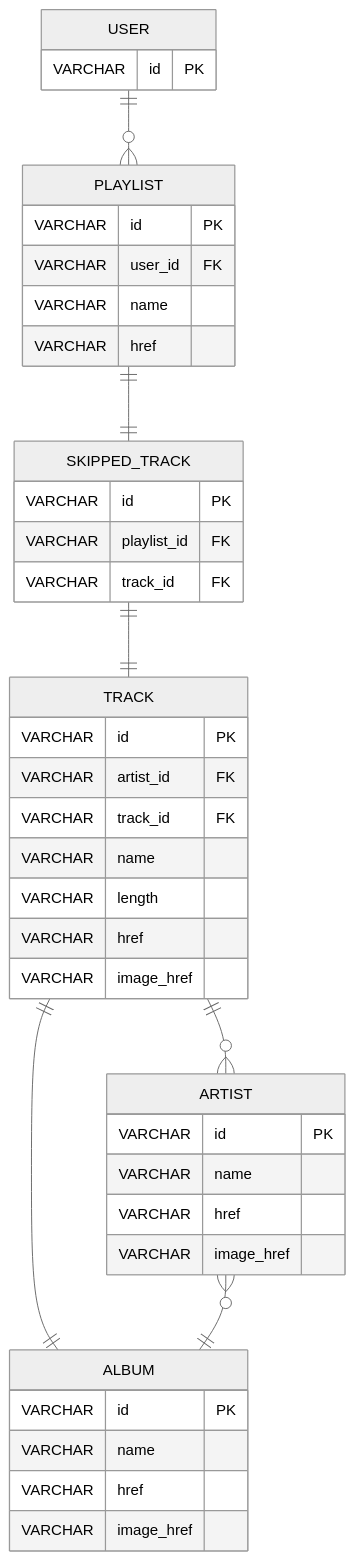
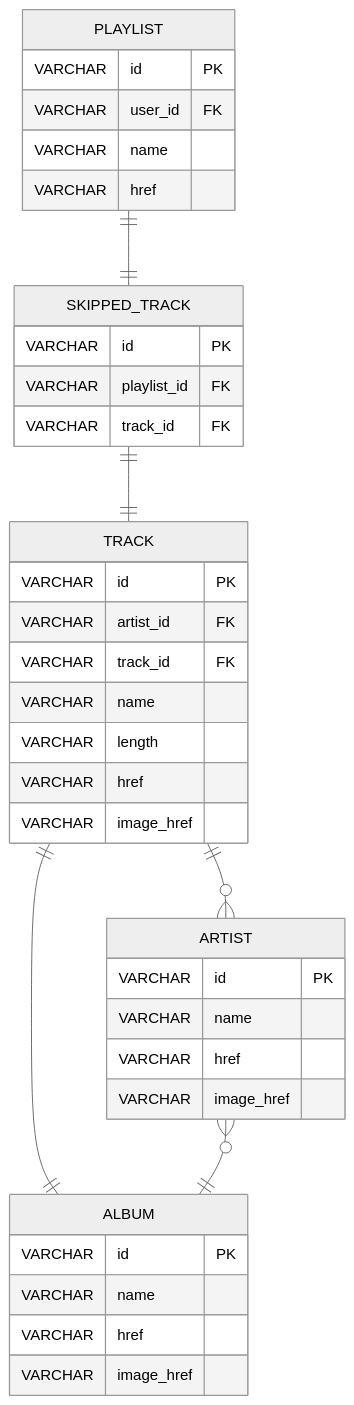
One commit to paulmccarron/spotify-playlist-janitor changed the second of 2 diagrams in README.md. Above: the diagram before and after it, drawn with Mermaid.

Commit message:
Updated Entity Relationship Diagram

````diff
--- a/README.md
+++ b/README.md
@@ -40,46 +40,42 @@
 ``` mermaid
 %%{init: {'theme':'neutral'}}%%
 erDiagram
-    USER ||--o{ PLAYLIST : ""
     PLAYLIST ||--|| SKIPPED_TRACK : ""
     SKIPPED_TRACK ||--|| TRACK : ""
     TRACK ||--o{ ARTIST : ""
     TRACK ||--|| ALBUM : ""
     ARTIST }o--|| ALBUM : ""
 
-    USER {
-        VARCHAR id PK
-    }
     PLAYLIST {
         VARCHAR id PK
         VARCHAR user_id FK
 	    VARCHAR name
         VARCHAR href
     }
     SKIPPED_TRACK {
         VARCHAR id PK
         VARCHAR playlist_id FK
         VARCHAR track_id FK
     }
     TRACK {
         VARCHAR id PK
         VARCHAR artist_id FK
         VARCHAR track_id FK
         VARCHAR name
         VARCHAR length
         VARCHAR href
         VARCHAR image_href
     }
     ARTIST {
         VARCHAR id PK
         VARCHAR name
         VARCHAR href
         VARCHAR image_href
     }
     ALBUM {
         VARCHAR id PK
         VARCHAR name
         VARCHAR href
         VARCHAR image_href
     }
 ```
````
